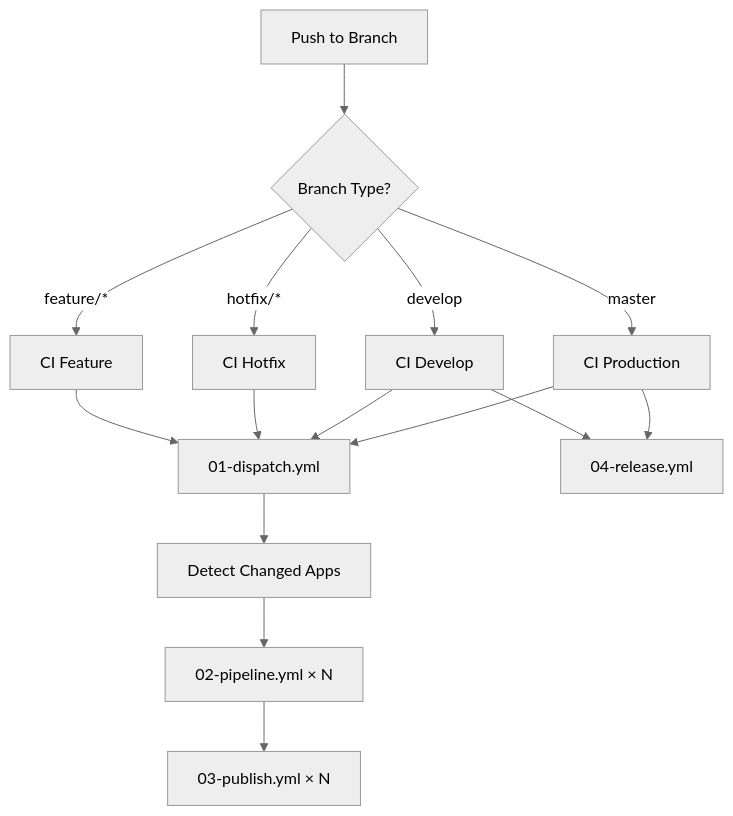
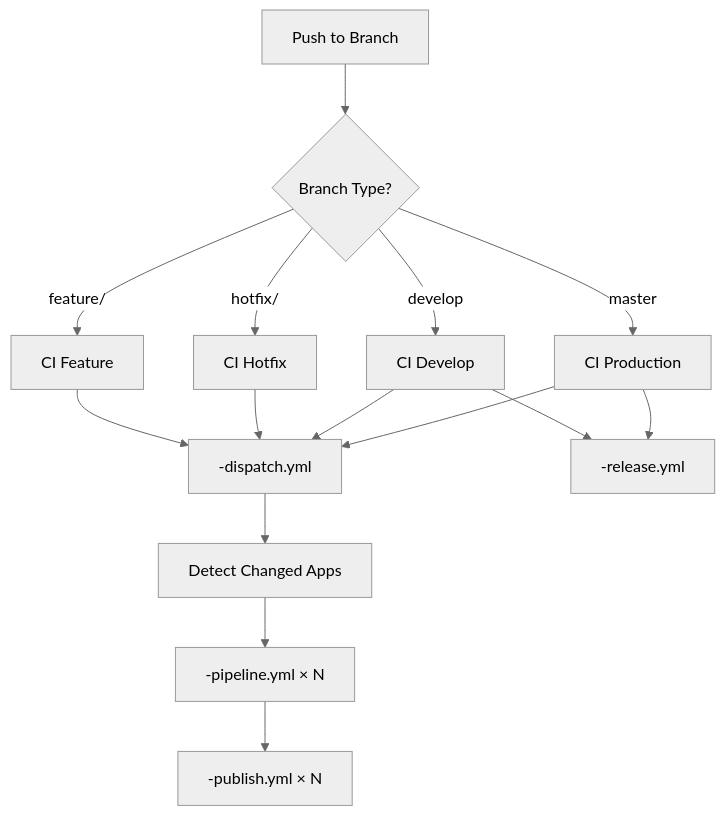
The diagram in docs/CI-CD.md (mlorentedev/kubelab), drawn with Mermaid (neutral theme) before and after one commit. The commit also changed other lines of this file and 493 other files, not shown here.

````diff
--- a/docs/CI-CD.md
+++ b/docs/CI-CD.md
@@ -17,21 +17,21 @@
 ```mermaid
 graph TD
     A[Push to Branch] --> B{Branch Type?}
     
-    B -->|feature/*| C[CI Feature]
-    B -->|hotfix/*| D[CI Hotfix]  
+    B -->|feature/| C[CI Feature]
+    B -->|hotfix/| D[CI Hotfix]  
     B -->|develop| E[CI Develop]
     B -->|master| F[CI Production]
     
-    C --> G[01-dispatch.yml]
+    C --> G[-dispatch.yml]
     D --> G
     E --> G  
     F --> G
     
     G --> H[Detect Changed Apps]
-    H --> I[02-pipeline.yml × N]
-    I --> J[03-publish.yml × N]
+    H --> I[-pipeline.yml × N]
+    I --> J[-publish.yml × N]
     
-    E --> K[04-release.yml]
+    E --> K[-release.yml]
     F --> K
 ```
````
